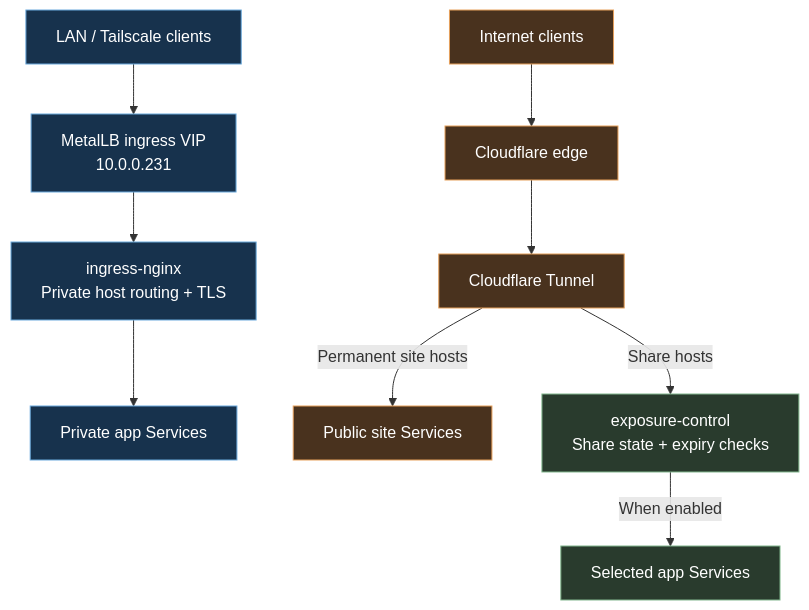
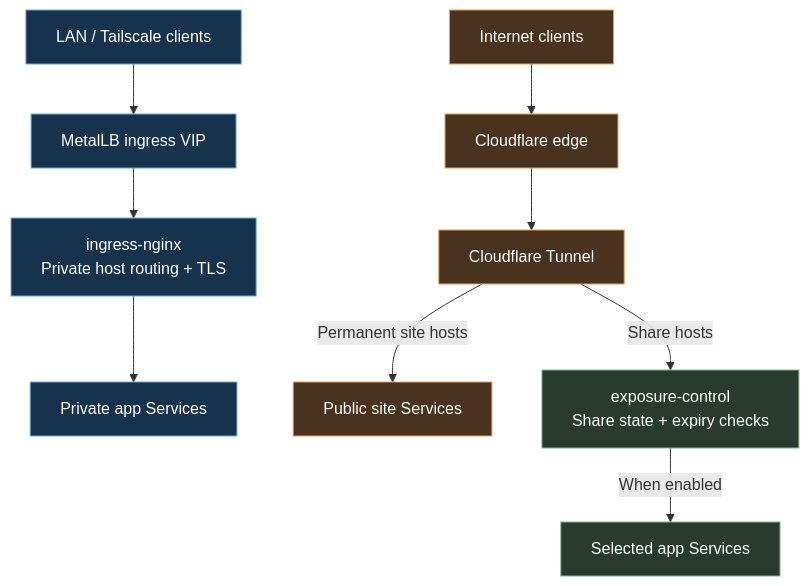
The first of 2 diagrams in README.md (khzaw/rangoonpulse), drawn with Mermaid before and after one commit. The commit also changed other lines of this file and 1 other file, not shown here.

````diff
--- a/README.md
+++ b/README.md
@@ -19,21 +19,21 @@
 ```mermaid
 flowchart TB
     accTitle: Homelab access paths
     accDescr: Private clients use MetalLB and ingress-nginx, while public sites and temporary shares use Cloudflare Tunnel.
-    private["LAN / Tailscale clients"] --> vip["MetalLB ingress VIP<br/>10.0.0.231"]
+    private["LAN / Tailscale clients"] --> vip["MetalLB ingress VIP"]
     vip --> nginx["ingress-nginx<br/>Private host routing + TLS"]
     nginx --> apps["Private app Services"]
 
     internet["Internet clients"] --> cloudflare["Cloudflare edge"]
     cloudflare --> tunnel["Cloudflare Tunnel"]
     tunnel -->|Permanent site hosts| sites["Public site Services"]
     tunnel -->|Share hosts| exposure["exposure-control<br/>Share state + expiry checks"]
     exposure -->|When enabled| shared["Selected app Services"]
 
     classDef privatePath fill:#17324d,stroke:#6aa9dc,color:#fff
     classDef publicPath fill:#49321e,stroke:#e6a05b,color:#fff
     classDef sharePath fill:#293b2d,stroke:#82b78e,color:#fff
     class private,vip,nginx,apps privatePath
     class internet,cloudflare,tunnel,sites publicPath
     class exposure,shared sharePath
 ```
````
